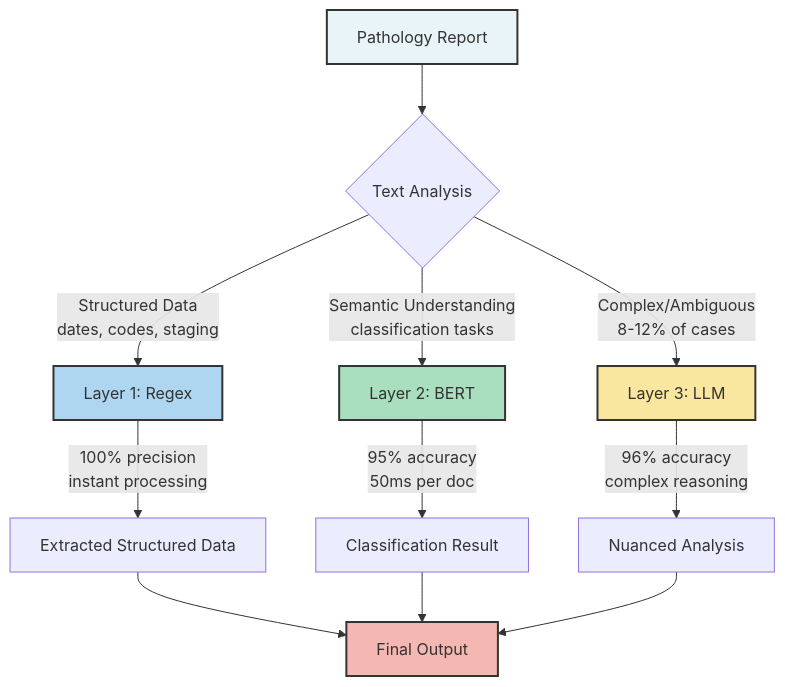
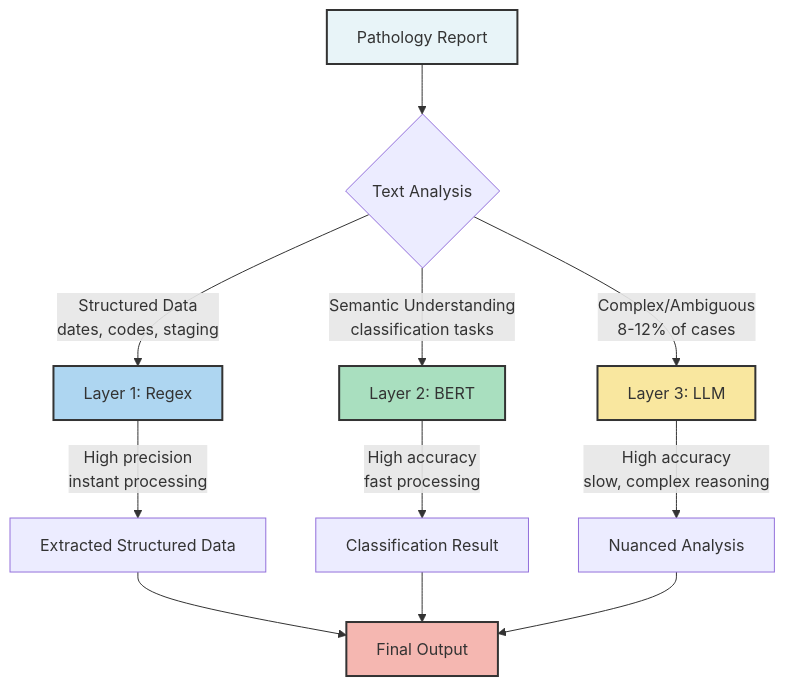
Before and after one commit to lgondara/qa_gen: the first of 4 diagrams in iclr_blogpost_draft (1).md, drawn with Mermaid.

Commit message:
Refine precision and accuracy descriptions in diagram

````diff
--- a/iclr_blogpost_draft (1).md
+++ b/iclr_blogpost_draft (1).md
@@ -57,26 +57,26 @@
 ```mermaid
 graph TD
     A[Pathology Report] --> B{Text Analysis}
     
     B -->|Structured Data<br/>dates, codes, staging| C[Layer 1: Regex]
     B -->|Semantic Understanding<br/>classification tasks| D[Layer 2: BERT]
     B -->|Complex/Ambiguous<br/>8-12% of cases| E[Layer 3: LLM]
     
-    C -->|100% precision<br/>instant processing| F[Extracted Structured Data]
-    D -->|95% accuracy<br/>50ms per doc| G[Classification Result]
-    E -->|96% accuracy<br/>complex reasoning| H[Nuanced Analysis]
+    C -->|High precision<br/>instant processing| F[Extracted Structured Data]
+    D -->|High accuracy<br/>fast processing| G[Classification Result]
+    E -->|High accuracy<br/>slow, complex reasoning| H[Nuanced Analysis]
     
     F --> I[Final Output]
     G --> I
     H --> I
     
     style A fill:#e8f4f8,stroke:#333,stroke-width:2px
     style C fill:#aed6f1,stroke:#333,stroke-width:2px
     style D fill:#a9dfbf,stroke:#333,stroke-width:2px
     style E fill:#f9e79f,stroke:#333,stroke-width:2px
     style I fill:#f5b7b1,stroke:#333,stroke-width:2px
     
     classDef layer1 fill:#aed6f1,stroke:#333,stroke-width:2px
     classDef layer2 fill:#a9dfbf,stroke:#333,stroke-width:2px
     classDef layer3 fill:#f9e79f,stroke:#333,stroke-width:2px
 ```
````
